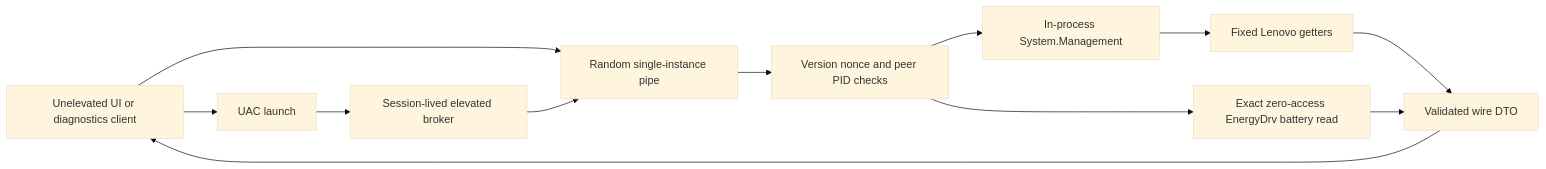
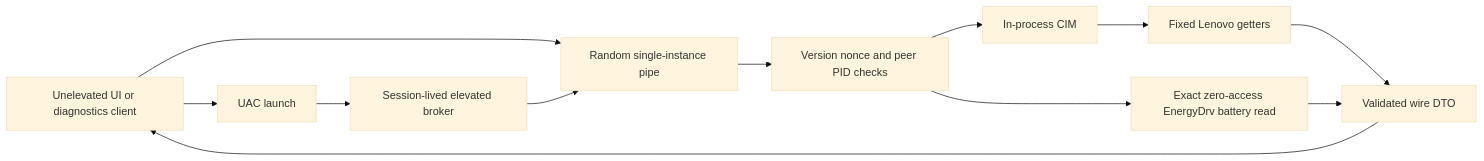
One commit to Anandb71/Legion-LOQ-control changed the fourth of 7 diagrams in docs/ARCHITECTURE.md. Above: the diagram before and after it, drawn with Mermaid (base theme). The commit also changed other lines of this file and 22 other files, not shown here.

First line of the commit message:
fix: read GameZone through in-process CIM

````diff
--- a/docs/ARCHITECTURE.md
+++ b/docs/ARCHITECTURE.md
@@ -112,14 +112,14 @@
 ```mermaid
 flowchart LR
     Client[Unelevated UI or diagnostics client] --> Pipe[Random single-instance pipe]
     Client --> Uac[UAC launch]
     Uac --> Broker[Session-lived elevated broker]
     Broker --> Pipe
     Pipe --> Validate[Version nonce and peer PID checks]
-    Validate --> CimBatch[In-process System.Management]
+    Validate --> CimBatch[In-process CIM]
     Validate --> EnergyRead[Exact zero-access EnergyDrv battery read]
     CimBatch --> Getters[Fixed Lenovo getters]
     Getters --> Wire[Validated wire DTO]
     EnergyRead --> Wire
     Wire --> Client
 ```
````
